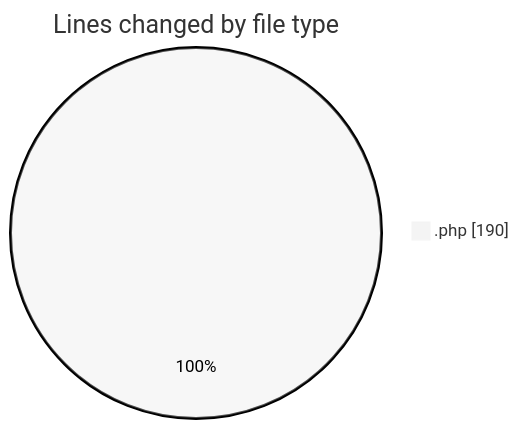
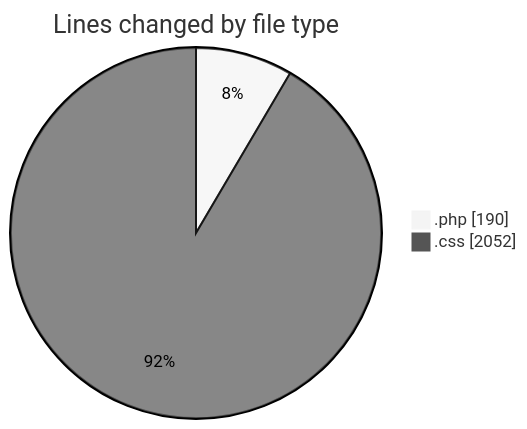
The first of 2 diagrams in 2026-11-04/wp-content/README.md (debugP/code-tracking), drawn with Mermaid (neutral theme) before and after one commit. The commit also changed other lines of this file and 1 other file, not shown here.

````diff
--- a/2026-11-04/wp-content/README.md
+++ b/2026-11-04/wp-content/README.md
@@ -20,5 +21,6 @@
 ```mermaid
 pie showData
 title Lines changed by file type
 ".php" : 190
+".css" : 2052
 ```
````
